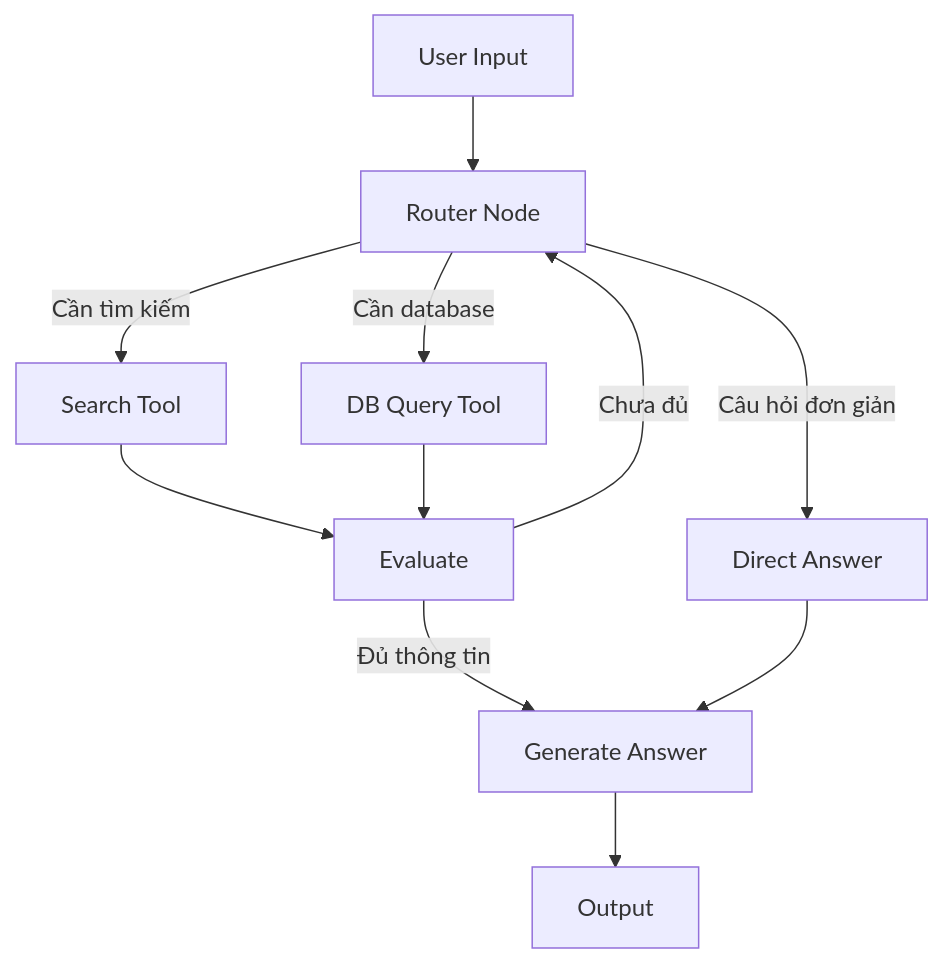
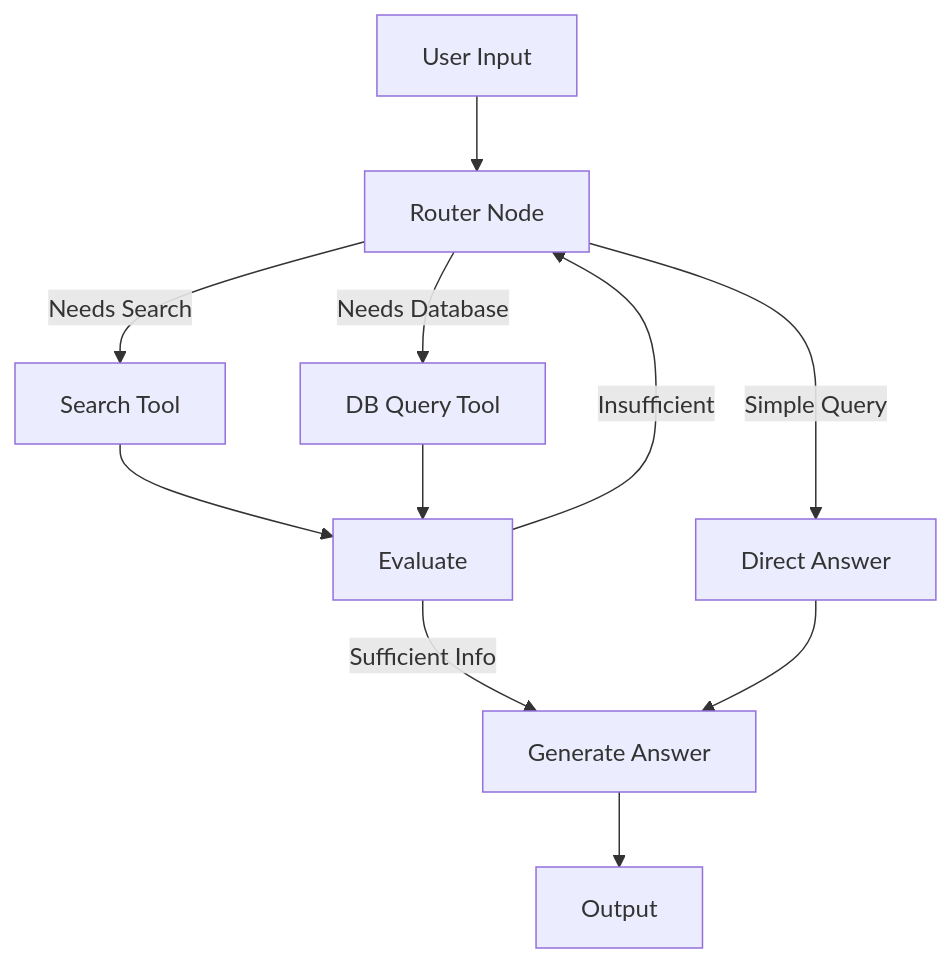
The third of 6 diagrams in knowledge-base/technical-book/chapter-03.md (Dokhacgiakhoa/Project-Builder-4-Agents), drawn with Mermaid before and after one commit. The commit also changed other lines of this file and 62 other files, not shown here.

````diff
--- a/knowledge-base/technical-book/chapter-03.md
+++ b/knowledge-base/technical-book/chapter-03.md
@@ -265,13 +264,13 @@
 ```mermaid
 graph TD
-    A[User Input] --> B[Router Node]
-    B -->|Câu hỏi đơn giản| C[Direct Answer]
-    B -->|Cần tìm kiếm| D[Search Tool]
-    B -->|Cần database| E[DB Query Tool]
-    D --> F[Evaluate]
+    A["User Input"] --> B["Router Node"]
+    B -->|"Simple Query"| C["Direct Answer"]
+    B -->|"Needs Search"| D["Search Tool"]
+    B -->|"Needs Database"| E["DB Query Tool"]
+    D --> F["Evaluate"]
     E --> F
-    F -->|Đủ thông tin| G[Generate Answer]
-    F -->|Chưa đủ| B
+    F -->|"Sufficient Info"| G["Generate Answer"]
+    F -->|"Insufficient"| B
     C --> G
-    G --> H[Output]
+    G --> H["Output"]
 ```
````
